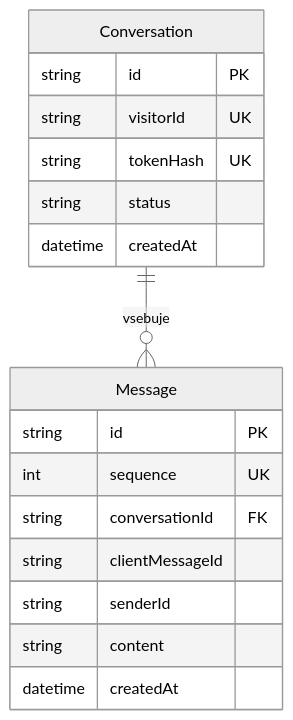
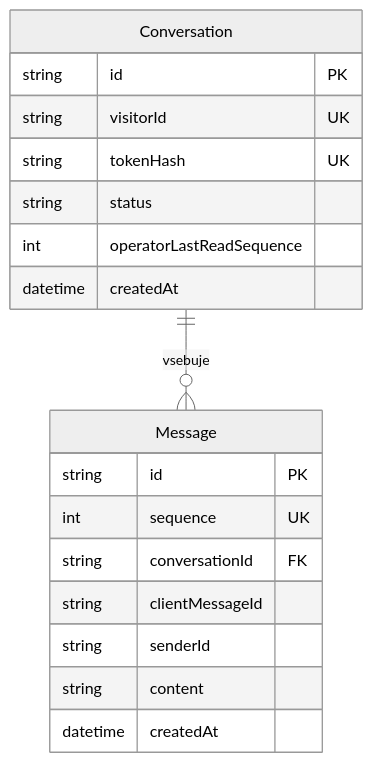
Before and after one commit to unjica/Live-Chat-Support-Demo: the diagram in docs/diploma/database.md, drawn with Mermaid (neutral theme). The commit also changed 5 other files, not shown here.

````diff
--- a/docs/diploma/database.md
+++ b/docs/diploma/database.md
@@ -3,20 +3,21 @@
 ```mermaid
 erDiagram
   Conversation ||--o{ Message : vsebuje
   Conversation {
     string id PK
     string visitorId UK
     string tokenHash UK
     string status
+    int operatorLastReadSequence
     datetime createdAt
   }
   Message {
     string id PK
     int sequence UK
     string conversationId FK
     string clientMessageId
     string senderId
     string content
     datetime createdAt
   }
 ```
````
